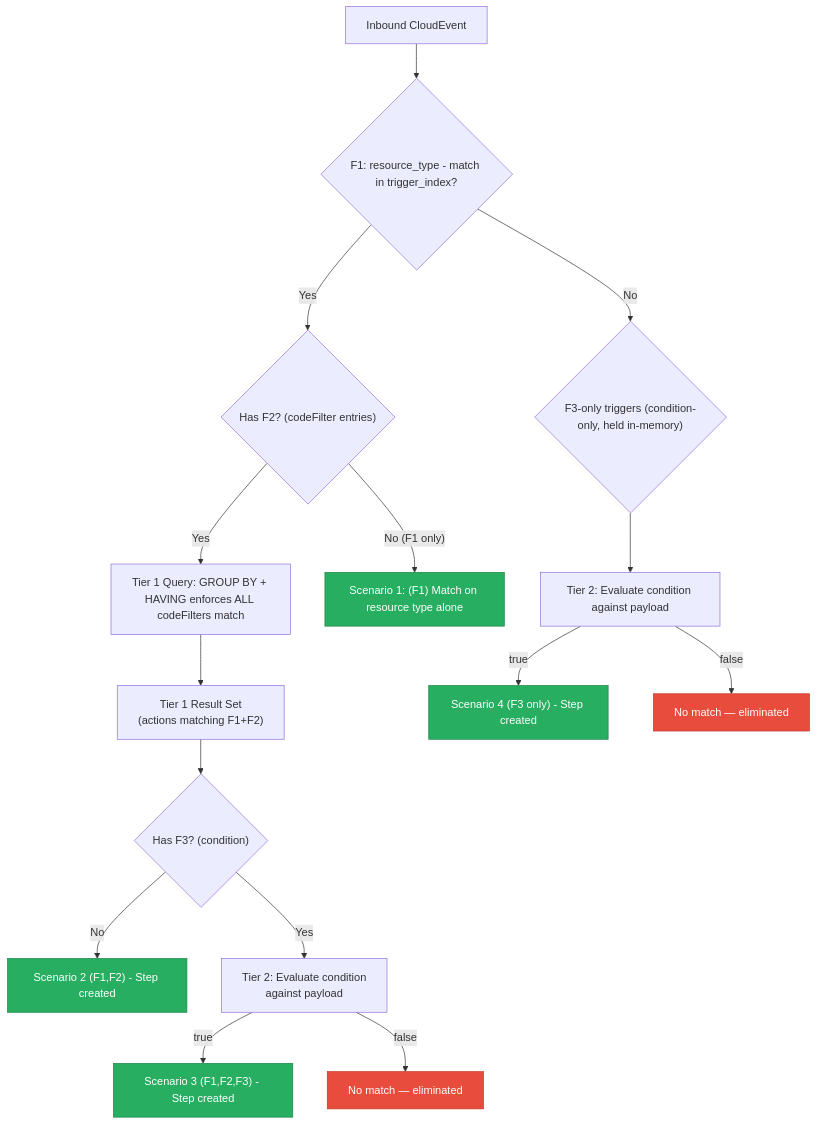
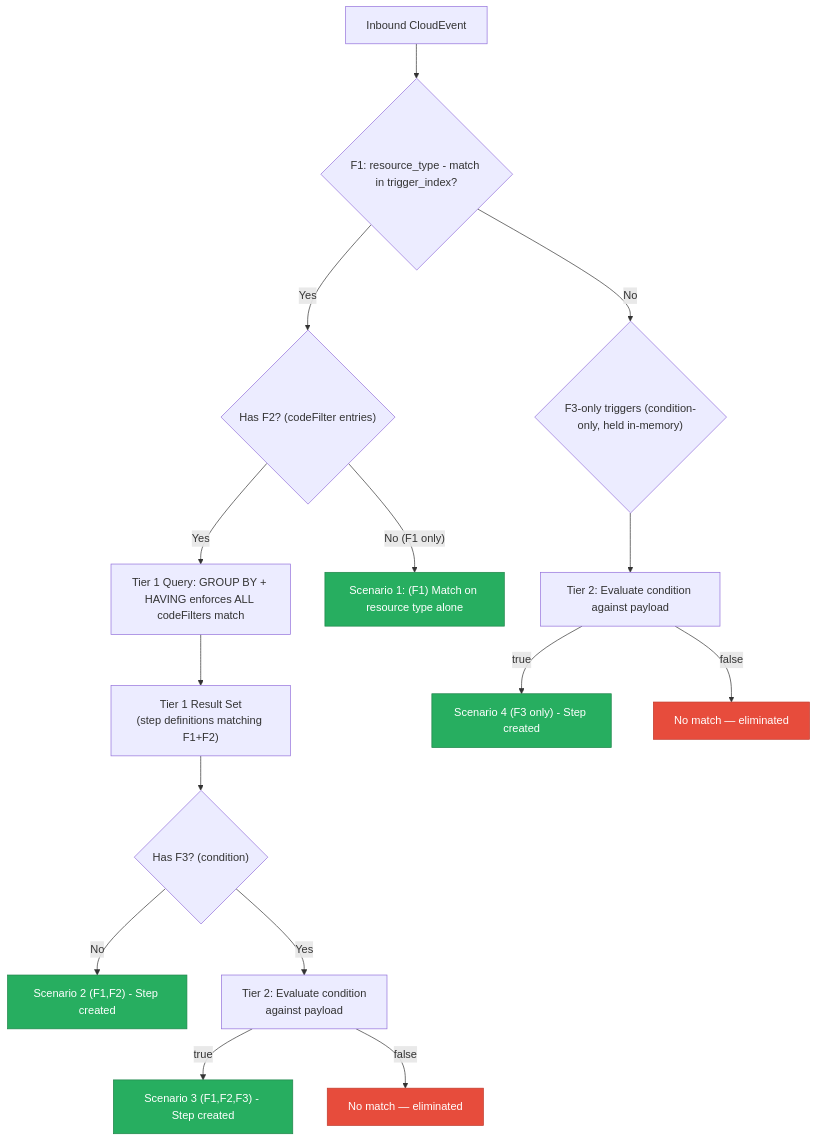
One commit to Jayaprakash8887/cce-compliance-service changed the third of 4 diagrams in docs/architecture-overview.md. Above: the diagram before and after it, drawn with Mermaid. The commit also changed other lines of this file, not shown here.

````diff
--- a/docs/architecture-overview.md
+++ b/docs/architecture-overview.md
@@ -188,30 +187,30 @@
 ```mermaid
 flowchart TD
     EVENT["Inbound CloudEvent"] --> F1_CHECK{"F1: resource_type - match in trigger_index?"}
 
     F1_CHECK -->|"Yes"| HAS_F2{"Has F2? (codeFilter entries)"}
     F1_CHECK -->|"No"| F3_ONLY{"F3-only triggers (condition-only, held in-memory)"}
 
     HAS_F2 -->|"Yes"| TIER1["Tier 1 Query: GROUP BY + HAVING enforces ALL codeFilters match"]
     HAS_F2 -->|"No (F1 only)"| S1["Scenario 1: (F1) Match on resource type alone"]
 
-    TIER1 --> TIER1_RESULT["Tier 1 Result Set\n(actions matching F1+F2)"]
+    TIER1 --> TIER1_RESULT["Tier 1 Result Set\n(step definitions matching F1+F2)"]
 
     TIER1_RESULT --> HAS_F3{"Has F3? (condition)"}
     HAS_F3 -->|"No"| S2["Scenario 2 (F1,F2) - Step created"]
     HAS_F3 -->|"Yes"| TIER2["Tier 2: Evaluate condition\nagainst payload"]
 
     TIER2 -->|"true"| S3["Scenario 3 (F1,F2,F3) - Step created"]
     TIER2 -->|"false"| REJECT["No match — eliminated"]
 
     F3_ONLY --> EVAL_F3["Tier 2: Evaluate condition against payload"]
     EVAL_F3 -->|"true"| S4["Scenario 4 (F3 only) - Step created"]
     EVAL_F3 -->|"false"| REJECT2["No match — eliminated"]
 
     style S1 fill:#27AE60,stroke:#1E8449,color:white
     style S2 fill:#27AE60,stroke:#1E8449,color:white
     style S3 fill:#27AE60,stroke:#1E8449,color:white
     style S4 fill:#27AE60,stroke:#1E8449,color:white
     style REJECT fill:#E74C3C,stroke:#C0392B,color:white
     style REJECT2 fill:#E74C3C,stroke:#C0392B,color:white
 ```
````
